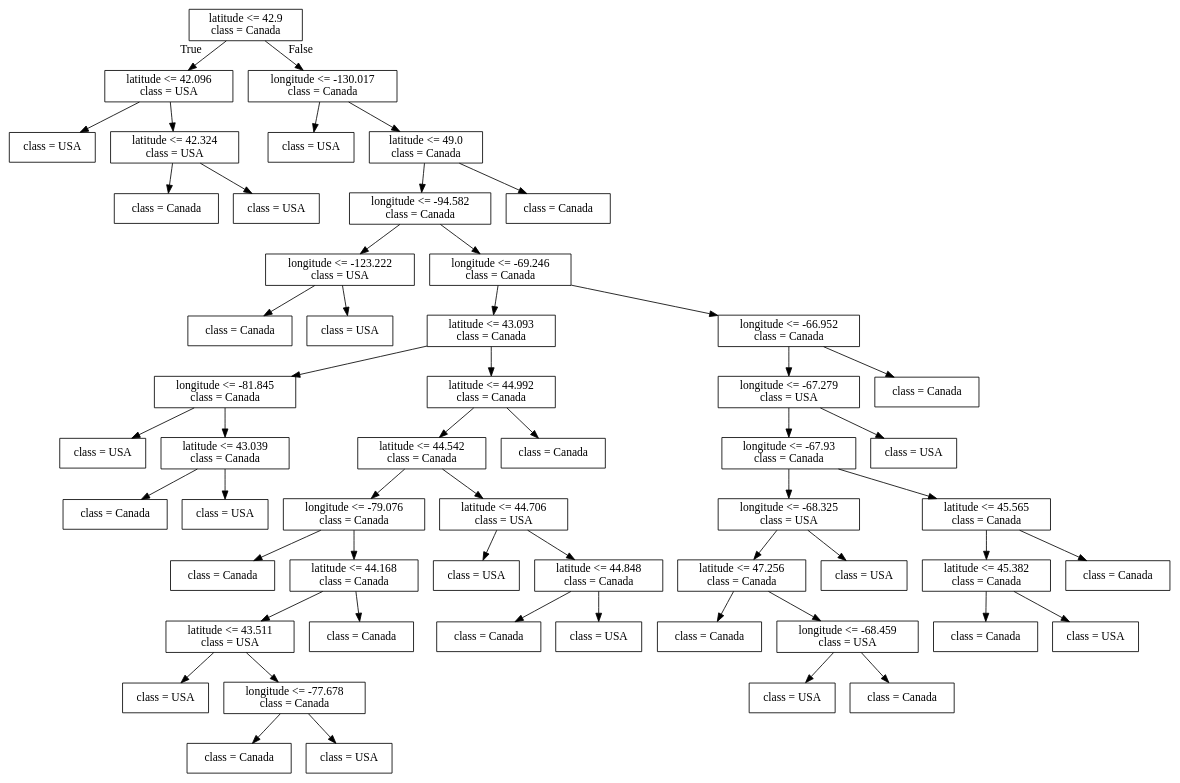
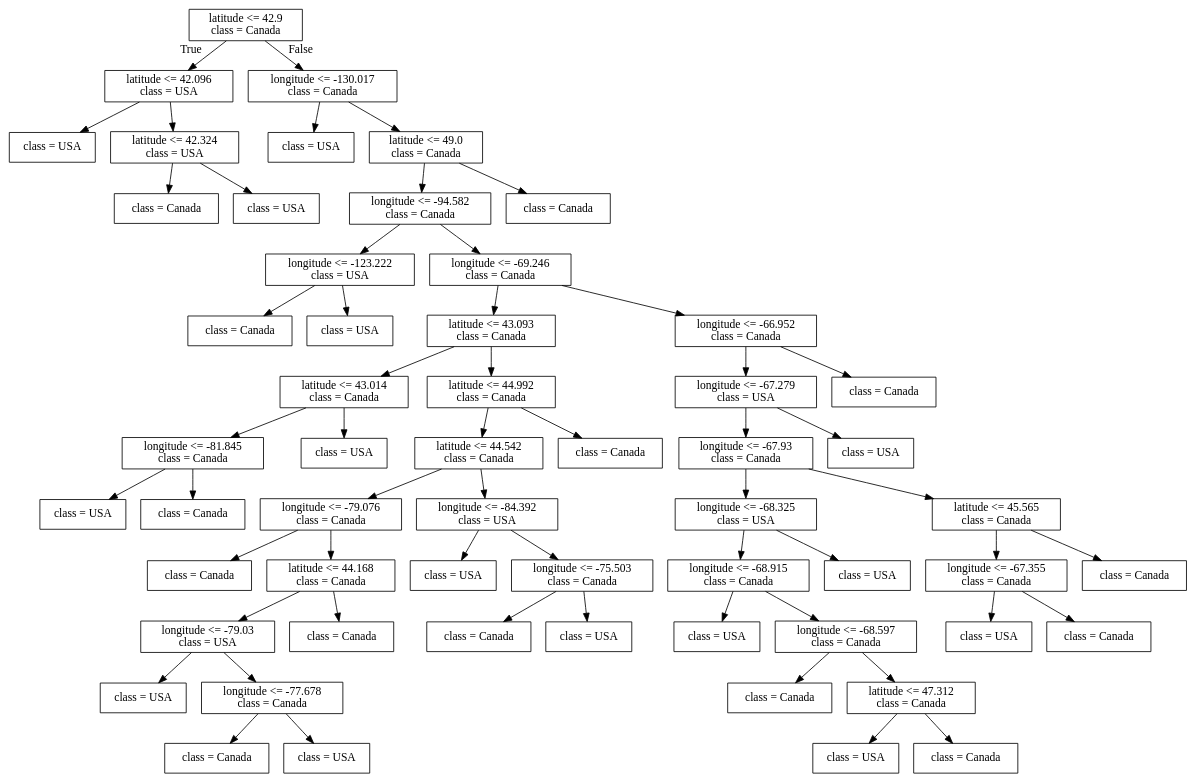
Before and after one commit to bait509-ubc/BAIT509: the diagram in lectures/Source.gv, drawn with Graphviz. The commit also changed 43 other files, not shown here.

```diff
--- a/lectures/Source.gv
+++ b/lectures/Source.gv
@@ -1,112 +1,116 @@
 digraph Tree {
 node [shape=box] ;
 0 [label="latitude <= 42.9\nclass = Canada"] ;
 1 [label="latitude <= 42.096\nclass = USA"] ;
 0 -> 1 [labeldistance=2.5, labelangle=45, headlabel="True"] ;
 2 [label="class = USA"] ;
 1 -> 2 ;
 3 [label="latitude <= 42.324\nclass = USA"] ;
 1 -> 3 ;
 4 [label="class = Canada"] ;
 3 -> 4 ;
 5 [label="class = USA"] ;
 3 -> 5 ;
 6 [label="longitude <= -130.017\nclass = Canada"] ;
 0 -> 6 [labeldistance=2.5, labelangle=-45, headlabel="False"] ;
 7 [label="class = USA"] ;
 6 -> 7 ;
 8 [label="latitude <= 49.0\nclass = Canada"] ;
 6 -> 8 ;
 9 [label="longitude <= -94.582\nclass = Canada"] ;
 8 -> 9 ;
 10 [label="longitude <= -123.222\nclass = USA"] ;
 9 -> 10 ;
 11 [label="class = Canada"] ;
 10 -> 11 ;
 12 [label="class = USA"] ;
 10 -> 12 ;
 13 [label="longitude <= -69.246\nclass = Canada"] ;
 9 -> 13 ;
 14 [label="latitude <= 43.093\nclass = Canada"] ;
 13 -> 14 ;
-15 [label="longitude <= -81.845\nclass = Canada"] ;
+15 [label="latitude <= 43.014\nclass = Canada"] ;
 14 -> 15 ;
-16 [label="class = USA"] ;
+16 [label="longitude <= -81.845\nclass = Canada"] ;
 15 -> 16 ;
-17 [label="latitude <= 43.039\nclass = Canada"] ;
-15 -> 17 ;
+17 [label="class = USA"] ;
+16 -> 17 ;
 18 [label="class = Canada"] ;
-17 -> 18 ;
+16 -> 18 ;
 19 [label="class = USA"] ;
-17 -> 19 ;
+15 -> 19 ;
 20 [label="latitude <= 44.992\nclass = Canada"] ;
 14 -> 20 ;
 21 [label="latitude <= 44.542\nclass = Canada"] ;
 20 -> 21 ;
 22 [label="longitude <= -79.076\nclass = Canada"] ;
 21 -> 22 ;
 23 [label="class = Canada"] ;
 22 -> 23 ;
 24 [label="latitude <= 44.168\nclass = Canada"] ;
 22 -> 24 ;
-25 [label="latitude <= 43.511\nclass = USA"] ;
+25 [label="longitude <= -79.03\nclass = USA"] ;
 24 -> 25 ;
 26 [label="class = USA"] ;
 25 -> 26 ;
 27 [label="longitude <= -77.678\nclass = Canada"] ;
 25 -> 27 ;
 28 [label="class = Canada"] ;
 27 -> 28 ;
 29 [label="class = USA"] ;
 27 -> 29 ;
 30 [label="class = Canada"] ;
 24 -> 30 ;
-31 [label="latitude <= 44.706\nclass = USA"] ;
+31 [label="longitude <= -84.392\nclass = USA"] ;
 21 -> 31 ;
 32 [label="class = USA"] ;
 31 -> 32 ;
-33 [label="latitude <= 44.848\nclass = Canada"] ;
+33 [label="longitude <= -75.503\nclass = Canada"] ;
 31 -> 33 ;
 34 [label="class = Canada"] ;
 33 -> 34 ;
 35 [label="class = USA"] ;
 33 -> 35 ;
 36 [label="class = Canada"] ;
 20 -> 36 ;
 37 [label="longitude <= -66.952\nclass = Canada"] ;
 13 -> 37 ;
 38 [label="longitude <= -67.279\nclass = USA"] ;
 37 -> 38 ;
 39 [label="longitude <= -67.93\nclass = Canada"] ;
 38 -> 39 ;
 40 [label="longitude <= -68.325\nclass = USA"] ;
 39 -> 40 ;
-41 [label="latitude <= 47.256\nclass = Canada"] ;
+41 [label="longitude <= -68.915\nclass = Canada"] ;
 40 -> 41 ;
-42 [label="class = Canada"] ;
+42 [label="class = USA"] ;
 41 -> 42 ;
-43 [label="longitude <= -68.459\nclass = USA"] ;
+43 [label="longitude <= -68.597\nclass = Canada"] ;
 41 -> 43 ;
-44 [label="class = USA"] ;
+44 [label="class = Canada"] ;
 43 -> 44 ;
-45 [label="class = Canada"] ;
+45 [label="latitude <= 47.312\nclass = Canada"] ;
 43 -> 45 ;
 46 [label="class = USA"] ;
-40 -> 46 ;
-47 [label="latitude <= 45.565\nclass = Canada"] ;
-39 -> 47 ;
-48 [label="latitude <= 45.382\nclass = Canada"] ;
-47 -> 48 ;
-49 [label="class = Canada"] ;
-48 -> 49 ;
-50 [label="class = USA"] ;
-48 -> 50 ;
-51 [label="class = Canada"] ;
-47 -> 51 ;
-52 [label="class = USA"] ;
-38 -> 52 ;
+45 -> 46 ;
+47 [label="class = Canada"] ;
+45 -> 47 ;
+48 [label="class = USA"] ;
+40 -> 48 ;
+49 [label="latitude <= 45.565\nclass = Canada"] ;
+39 -> 49 ;
+50 [label="longitude <= -67.355\nclass = Canada"] ;
+49 -> 50 ;
+51 [label="class = USA"] ;
+50 -> 51 ;
+52 [label="class = Canada"] ;
+50 -> 52 ;
 53 [label="class = Canada"] ;
-37 -> 53 ;
-54 [label="class = Canada"] ;
-8 -> 54 ;
+49 -> 53 ;
+54 [label="class = USA"] ;
+38 -> 54 ;
+55 [label="class = Canada"] ;
+37 -> 55 ;
+56 [label="class = Canada"] ;
+8 -> 56 ;
 }
```
